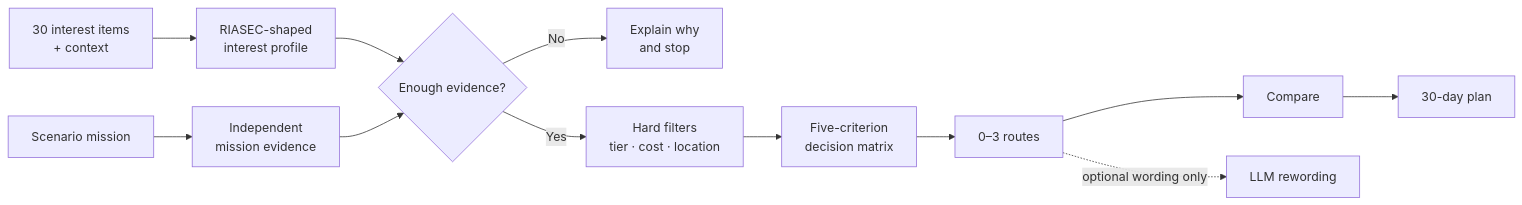
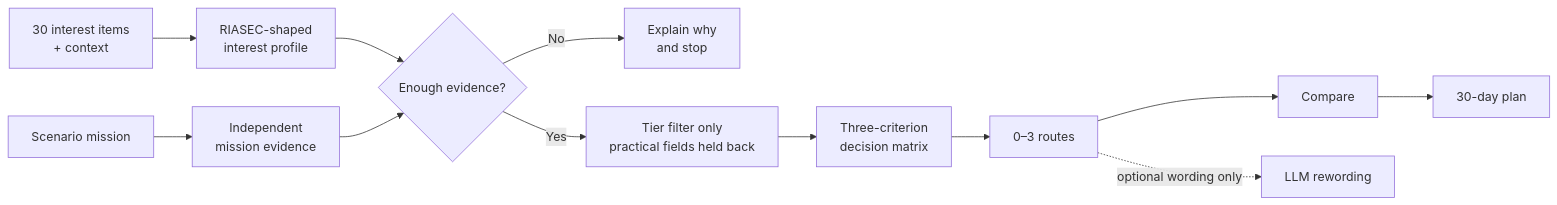
The diagram in 03_WebApp/Pre_Present/README.md (Pongkarm/Future_Me), drawn with Mermaid before and after one commit. The commit also changed other lines of this file and 21 other files, not shown here.

````diff
--- a/03_WebApp/Pre_Present/README.md
+++ b/03_WebApp/Pre_Present/README.md
@@ -177,14 +177,14 @@
 ```mermaid
 flowchart LR
     A["30 interest items<br/>+ context"] --> B["RIASEC-shaped<br/>interest profile"]
     C["Scenario mission"] --> D["Independent<br/>mission evidence"]
     B --> E{"Enough evidence?"}
     D --> E
     E -->|"No"| F["Explain why<br/>and stop"]
-    E -->|"Yes"| G["Hard filters<br/>tier · cost · location"]
-    G --> H["Five-criterion<br/>decision matrix"]
+    E -->|"Yes"| G["Tier filter only<br/>practical fields held back"]
+    G --> H["Three-criterion<br/>decision matrix"]
     H --> I["0–3 routes"]
     I --> J["Compare"]
     J --> K["30-day plan"]
     I -.->|"optional wording only"| L["LLM rewording"]
 ```
````
